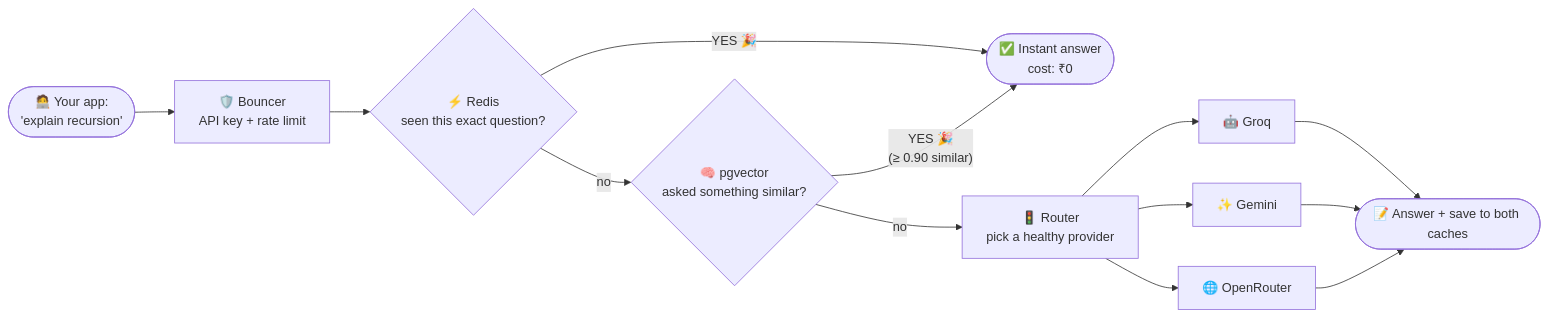
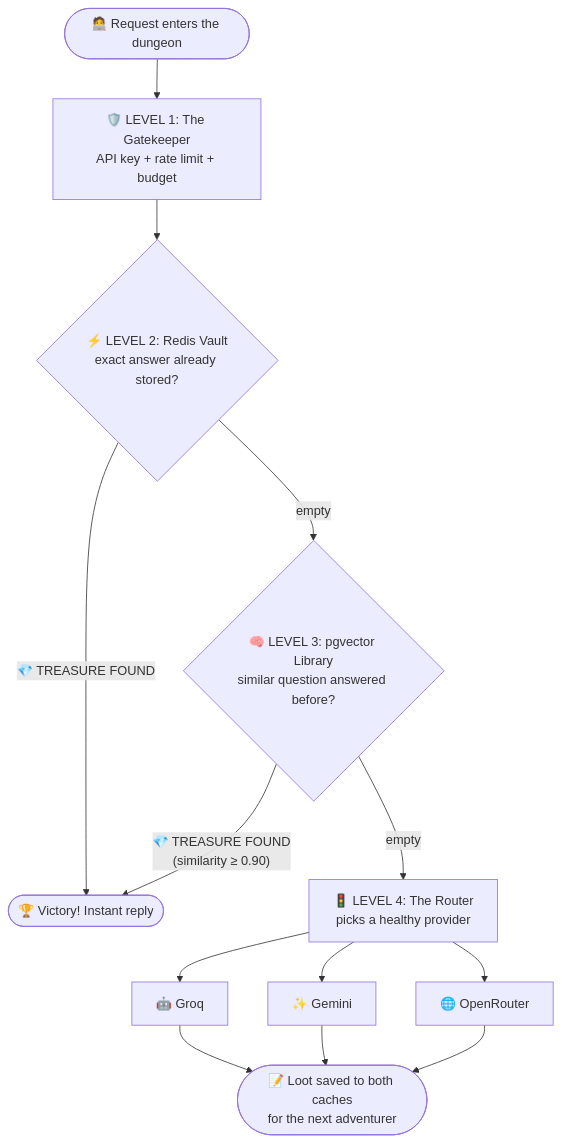
Before and after one commit to Vicky7632/Vicky7632: the first of 2 diagrams in README.md, drawn with Mermaid. The commit also changed other lines of this file, not shown here.

````diff
--- a/README.md
+++ b/README.md
@@ -44,15 +51,15 @@
 ```mermaid
-flowchart LR
-    A(["🧑‍💻 Your app:<br/>'explain recursion'"]) --> B["🛡️ Bouncer<br/>API key + rate limit"]
-    B --> C{"⚡ Redis<br/>seen this exact question?"}
-    C -- "YES 🎉" --> Z(["✅ Instant answer<br/>cost: ₹0"])
-    C -- "no" --> D{"🧠 pgvector<br/>asked something similar?"}
-    D -- "YES 🎉<br/>(≥ 0.90 similar)" --> Z
-    D -- "no" --> E["🚦 Router<br/>pick a healthy provider"]
-    E --> F["🤖 Groq"]
-    E --> G["✨ Gemini"]
-    E --> H["🌐 OpenRouter"]
-    F --> I(["📝 Answer + save to both caches"])
-    G --> I
-    H --> I
+flowchart TD
+    S(["🧑‍💻 Request enters the dungeon"]) --> G["🛡️ LEVEL 1: The Gatekeeper<br/>API key + rate limit + budget"]
+    G --> R{"⚡ LEVEL 2: Redis Vault<br/>exact answer already stored?"}
+    R -- "💎 TREASURE FOUND" --> W(["🏆 Victory! Instant reply"])
+    R -- "empty" --> P{"🧠 LEVEL 3: pgvector Library<br/>similar question answered before?"}
+    P -- "💎 TREASURE FOUND<br/>(similarity ≥ 0.90)" --> W
+    P -- "empty" --> B["🚦 LEVEL 4: The Router<br/>picks a healthy provider"]
+    B --> A1["🤖 Groq"]
+    B --> A2["✨ Gemini"]
+    B --> A3["🌐 OpenRouter"]
+    A1 --> L(["📝 Loot saved to both caches<br/>for the next adventurer"])
+    A2 --> L
+    A3 --> L
 ```
````
